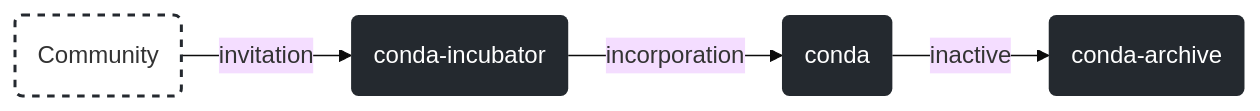
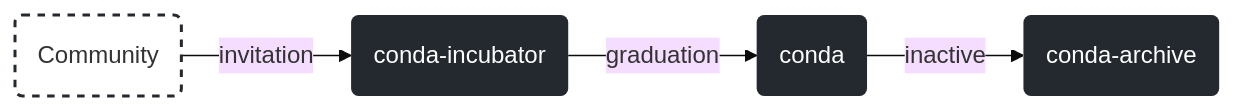
Before and after one commit to conda/.github: the diagram in profile/README.md, drawn with Mermaid (base theme).

Commit message:
Fix term in graph. (#8)

````diff
--- a/profile/README.md
+++ b/profile/README.md
@@ -26,21 +26,21 @@
 ```mermaid
 flowchart LR
     %% nodes
     community(Community):::community
     incubator(conda-incubator):::github
     conda(conda):::github
     archive(conda-archive):::github
 
     %% graph
     community-- invitation -->incubator
-    incubator-- incorporation -->conda
+    incubator-- graduation -->conda
     %% incubator-- inactive -->archive
     %% incubator-- unassociated -->community
     conda-- inactive -->archive
     %% conda-- dissolved -->incubator
     %% archive-- revived -->incubator
 
     %% style
     classDef community fill:#fff,stroke:#24292f,stroke-width:2,stroke-dasharray: 5 5
     classDef github fill:#24292f,stroke:none,color:#fff
 ```
````
